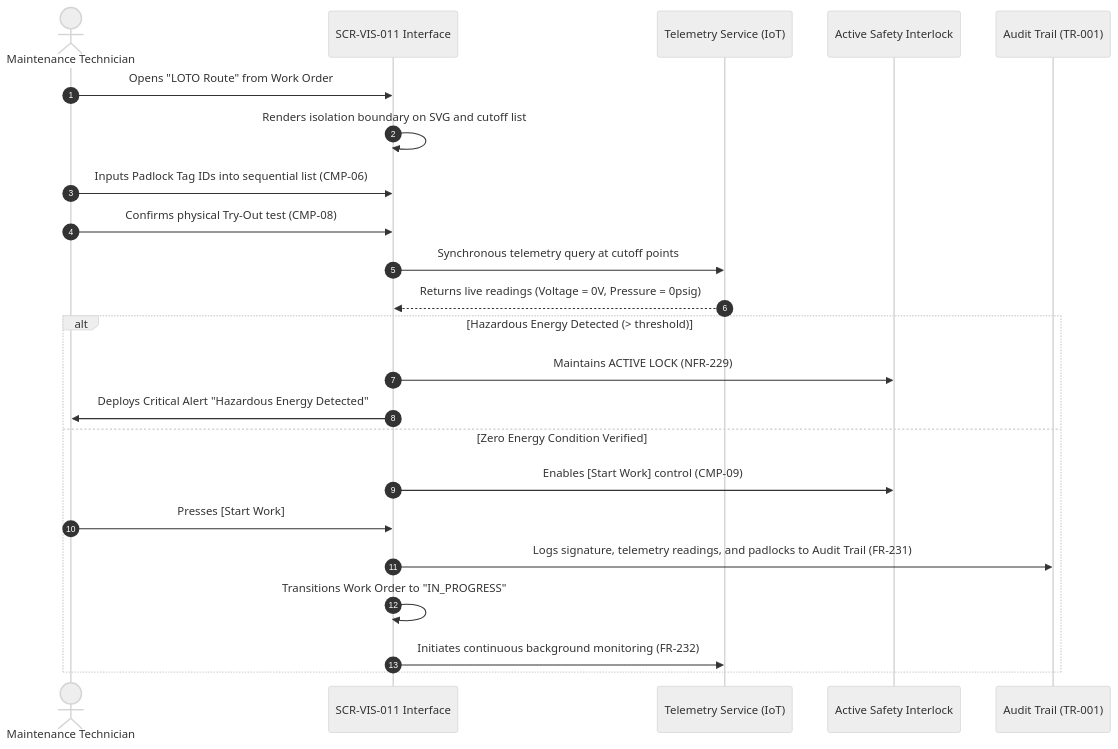
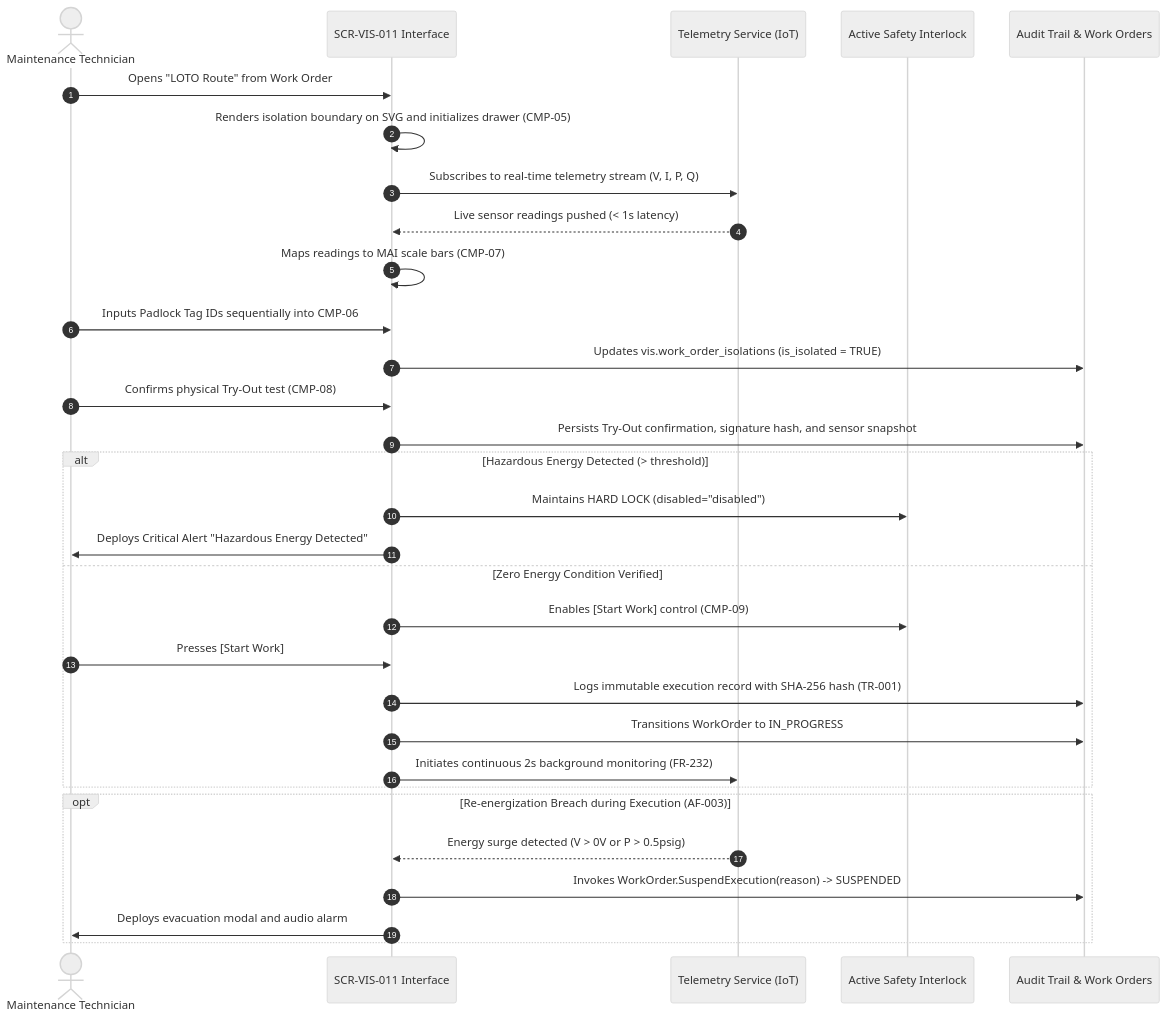
The diagram in ui-ux/screens/vis/SCR-VIS-011.md (Novav20/adso-dteam-docs), drawn with Mermaid (neutral theme) before and after one commit. The commit also changed other lines of this file and 6 other files, not shown here.

Commit message:
feat(safety): align ERD/DM for LOTO Try-Out and resolve SCR-VIS-011 audit findings to v1.1

````diff
--- a/ui-ux/screens/vis/SCR-VIS-011.md
+++ b/ui-ux/screens/vis/SCR-VIS-011.md
@@ -80,27 +86,38 @@
 ```mermaid
 sequenceDiagram
     autonumber
     actor Tech as Maintenance Technician
     participant UI as SCR-VIS-011 Interface
     participant IoT as Telemetry Service (IoT)
     participant SEC as Active Safety Interlock
-    participant DB as Audit Trail (TR-001)
+    participant DB as Audit Trail & Work Orders
 
     Tech->>UI: Opens "LOTO Route" from Work Order
-    UI->>UI: Renders isolation boundary on SVG and cutoff list
-    Tech->>UI: Inputs Padlock Tag IDs into sequential list (CMP-06)
+    UI->>UI: Renders isolation boundary on SVG and initializes drawer (CMP-05)
+    UI->>IoT: Subscribes to real-time telemetry stream (V, I, P, Q)
+    IoT-->>UI: Live sensor readings pushed (< 1s latency)
+    UI->>UI: Maps readings to MAI scale bars (CMP-07)
+    
+    Tech->>UI: Inputs Padlock Tag IDs sequentially into CMP-06
+    UI->>DB: Updates vis.work_order_isolations (is_isolated = TRUE)
+    
     Tech->>UI: Confirms physical Try-Out test (CMP-08)
-    UI->>IoT: Synchronous telemetry query at cutoff points
-    IoT-->>UI: Returns live readings (Voltage = 0V, Pressure = 0psig)
+    UI->>DB: Persists Try-Out confirmation, signature hash, and sensor snapshot
     
     alt Hazardous Energy Detected (> threshold)
-        UI->>SEC: Maintains ACTIVE LOCK (NFR-229)
+        UI->>SEC: Maintains HARD LOCK (disabled="disabled")
         UI->>Tech: Deploys Critical Alert "Hazardous Energy Detected"
     else Zero Energy Condition Verified
         UI->>SEC: Enables [Start Work] control (CMP-09)
         Tech->>UI: Presses [Start Work]
-        UI->>DB: Logs signature, telemetry readings, and padlocks to Audit Trail (FR-231)
-        UI->>UI: Transitions Work Order to "IN_PROGRESS"
-        UI->>IoT: Initiates continuous background monitoring (FR-232)
+        UI->>DB: Logs immutable execution record with SHA-256 hash (TR-001)
+        UI->>DB: Transitions WorkOrder to IN_PROGRESS
+        UI->>IoT: Initiates continuous 2s background monitoring (FR-232)
+    end
+
+    opt Re-energization Breach during Execution (AF-003)
+        IoT-->>UI: Energy surge detected (V > 0V or P > 0.5psig)
+        UI->>DB: Invokes WorkOrder.SuspendExecution(reason) -> SUSPENDED
+        UI->>Tech: Deploys evacuation modal and audio alarm
     end
 ```
````
